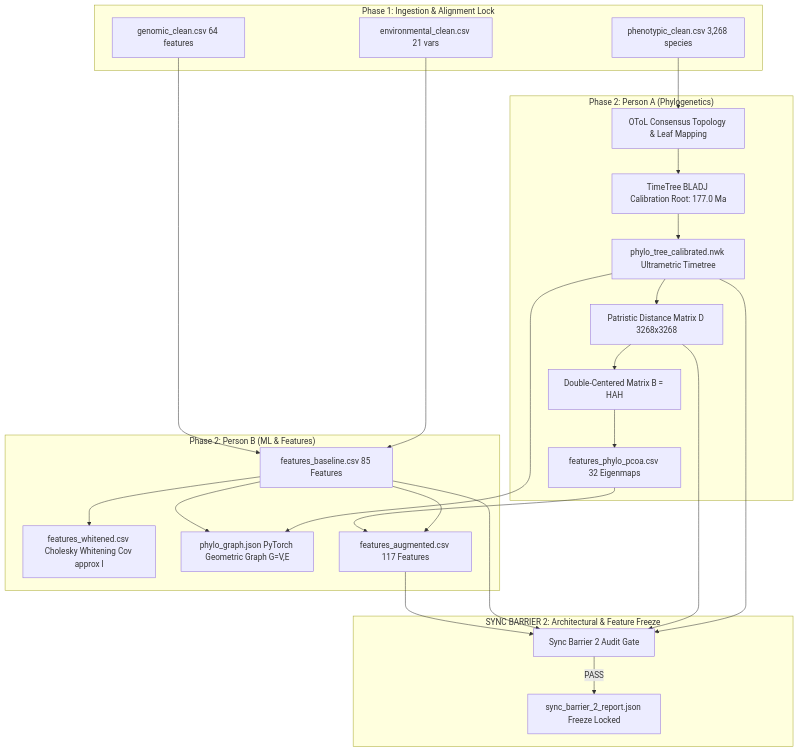
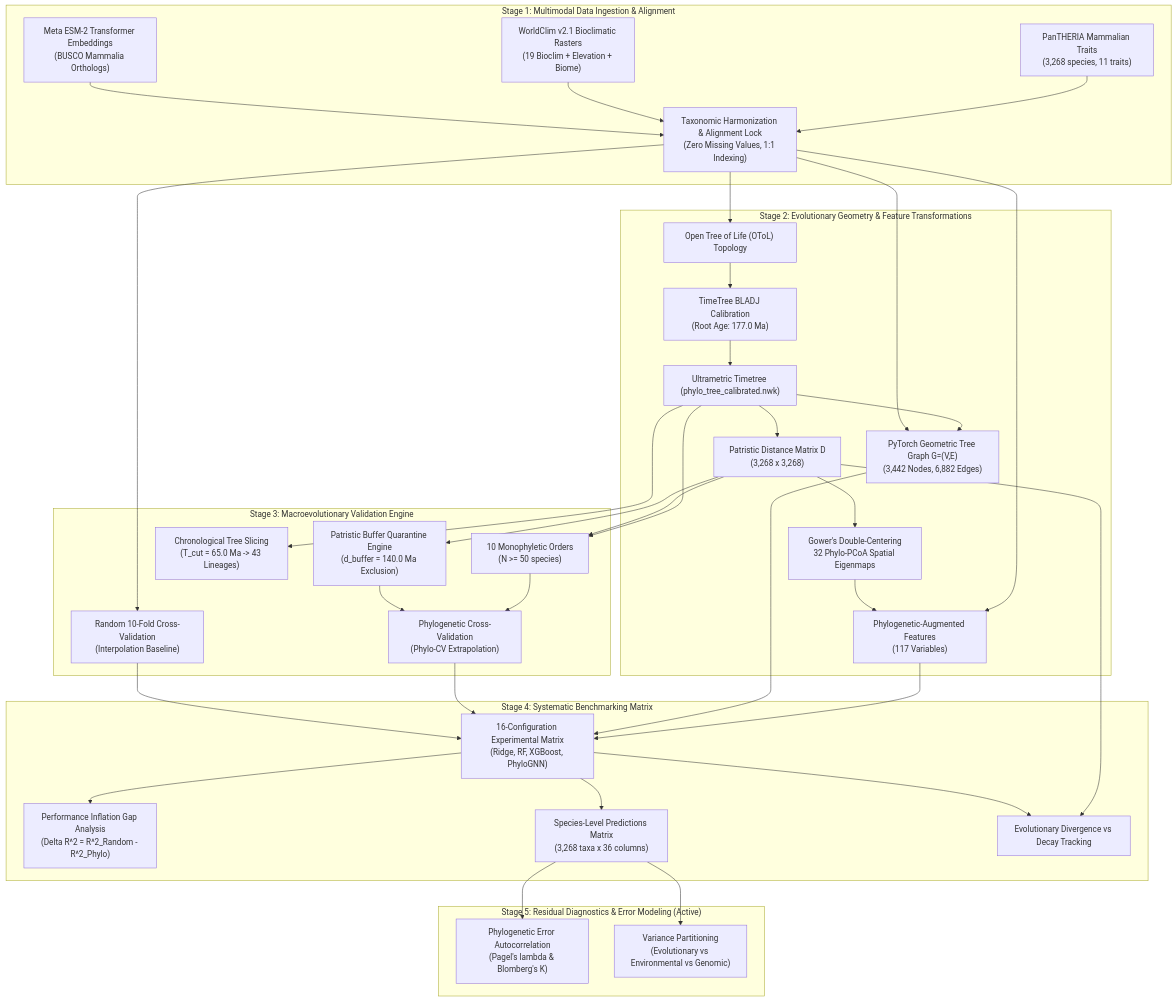
One commit to f3ltz/phenix changed the diagram in README.md. Above: the diagram before and after it, drawn with Mermaid. The commit also changed other lines of this file and 17 other files, not shown here.

Commit message:
refactor: unify architecture and de-phase repository into ongoing research framework

````diff
--- a/README.md
+++ b/README.md
@@ -30,29 +18,39 @@
 ```mermaid
 flowchart TD
-    subgraph Phase_1 ["Phase 1: Ingestion & Alignment Lock"]
-        P1[phenotypic_clean.csv 3,268 species]
-        E1[environmental_clean.csv 21 vars]
-        G1[genomic_clean.csv 64 features]
+    subgraph S1 ["Stage 1: Multimodal Data Ingestion & Alignment"]
+        P1["PanTHERIA Mammalian Traits\n(3,268 species, 11 traits)"]
+        E1["WorldClim v2.1 Bioclimatic Rasters\n(19 Bioclim + Elevation + Biome)"]
+        G1["Meta ESM-2 Transformer Embeddings\n(BUSCO Mammalia Orthologs)"]
+        P1 & E1 & G1 --> A1["Taxonomic Harmonization & Alignment Lock\n(Zero Missing Values, 1:1 Indexing)"]
     end
 
-    subgraph Phase_2_Side_A ["Phase 2: Person A (Phylogenetics)"]
-        P1 --> O1[OToL Consensus Topology & Leaf Mapping]
-        O1 --> C1[TimeTree BLADJ Calibration Root: 177.0 Ma]
-        C1 --> T1[phylo_tree_calibrated.nwk Ultrametric Timetree]
-        T1 --> D1[Patristic Distance Matrix D 3268x3268]
-        D1 --> B1[Double-Centered Matrix B = HAH]
-        B1 --> PC1[features_phylo_pcoa.csv 32 Eigenmaps]
+    subgraph S2 ["Stage 2: Evolutionary Geometry & Feature Transformations"]
+        A1 --> O1["Open Tree of Life (OToL) Topology"]
+        O1 --> C1["TimeTree BLADJ Calibration\n(Root Age: 177.0 Ma)"]
+        C1 --> T1["Ultrametric Timetree (phylo_tree_calibrated.nwk)"]
+        T1 --> D1["Patristic Distance Matrix D\n(3,268 x 3,268)"]
+        D1 --> PC1["Gower's Double-Centering\n32 Phylo-PCoA Spatial Eigenmaps"]
+        A1 & PC1 --> AF["Phylogenetic-Augmented Features\n(117 Variables)"]
+        T1 & A1 --> GR["PyTorch Geometric Tree Graph G=(V,E)\n(3,442 Nodes, 6,882 Edges)"]
     end
 
-    subgraph Phase_2_Side_B ["Phase 2: Person B (ML & Features)"]
-        E1 & G1 --> BF[features_baseline.csv 85 Features]
-        BF --> CW[features_whitened.csv Cholesky Whitening Cov approx I]
-        T1 & BF --> GR[phylo_graph.json PyTorch Geometric Graph G=V,E]
-        BF & PC1 --> AF[features_augmented.csv 117 Features]
+    subgraph S3 ["Stage 3: Macroevolutionary Validation Engine"]
+        T1 & D1 --> MO["10 Monophyletic Orders\n(N >= 50 species)"]
+        T1 --> TC["Chronological Tree Slicing\n(T_cut = 65.0 Ma -> 43 Lineages)"]
+        D1 --> BZ["Patristic Buffer Quarantine Engine\n(d_buffer = 140.0 Ma Exclusion)"]
+        MO & BZ --> PCV["Phylogenetic Cross-Validation\n(Phylo-CV Extrapolation)"]
+        A1 --> RCV["Random 10-Fold Cross-Validation\n(Interpolation Baseline)"]
     end
 
-    subgraph Barrier_2 ["SYNC BARRIER 2: Architectural & Feature Freeze"]
-        T1 & D1 & BF & AF --> SB2[Sync Barrier 2 Audit Gate]
-        SB2 -->|PASS| LK[sync_barrier_2_report.json Freeze Locked]
+    subgraph S4 ["Stage 4: Systematic Benchmarking Matrix"]
+        AF & GR & PCV & RCV --> BM["16-Configuration Experimental Matrix\n(Ridge, RF, XGBoost, PhyloGNN)"]
+        BM --> IG["Performance Inflation Gap Analysis\n(Delta R^2 = R^2_Random - R^2_Phylo)"]
+        BM --> PM["Species-Level Predictions Matrix\n(3,268 taxa x 36 columns)"]
+        D1 & BM --> DT["Evolutionary Divergence vs Decay Tracking"]
+    end
+
+    subgraph S5 ["Stage 5: Residual Diagnostics & Error Modeling (Active)"]
+        PM --> RD["Phylogenetic Error Autocorrelation\n(Pagel's lambda & Blomberg's K)"]
+        PM --> VA["Variance Partitioning\n(Evolutionary vs Environmental vs Genomic)"]
     end
 ```
````
